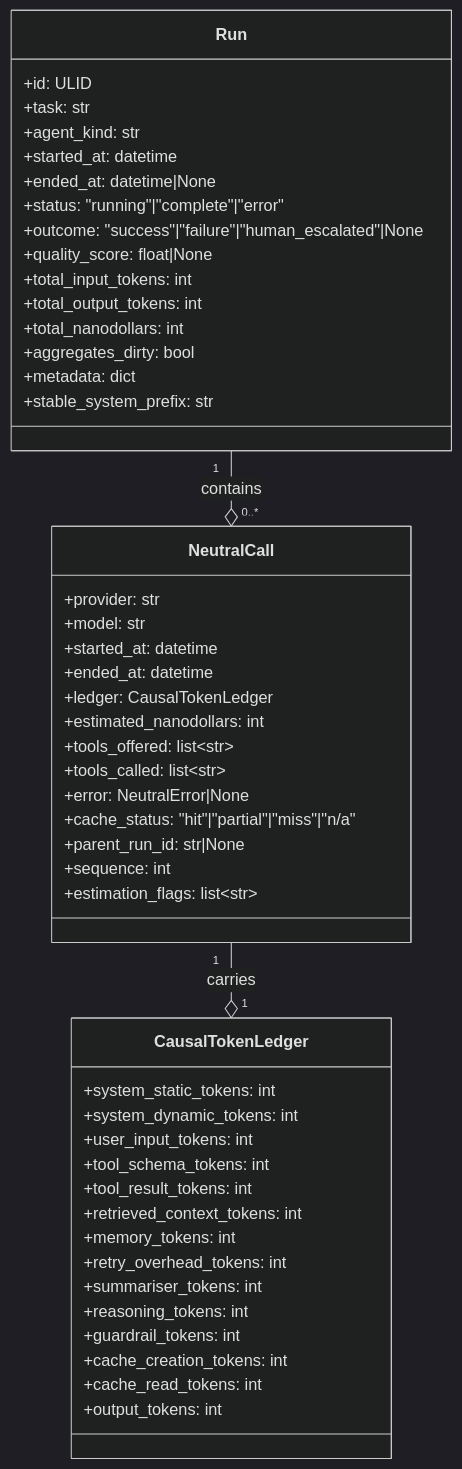
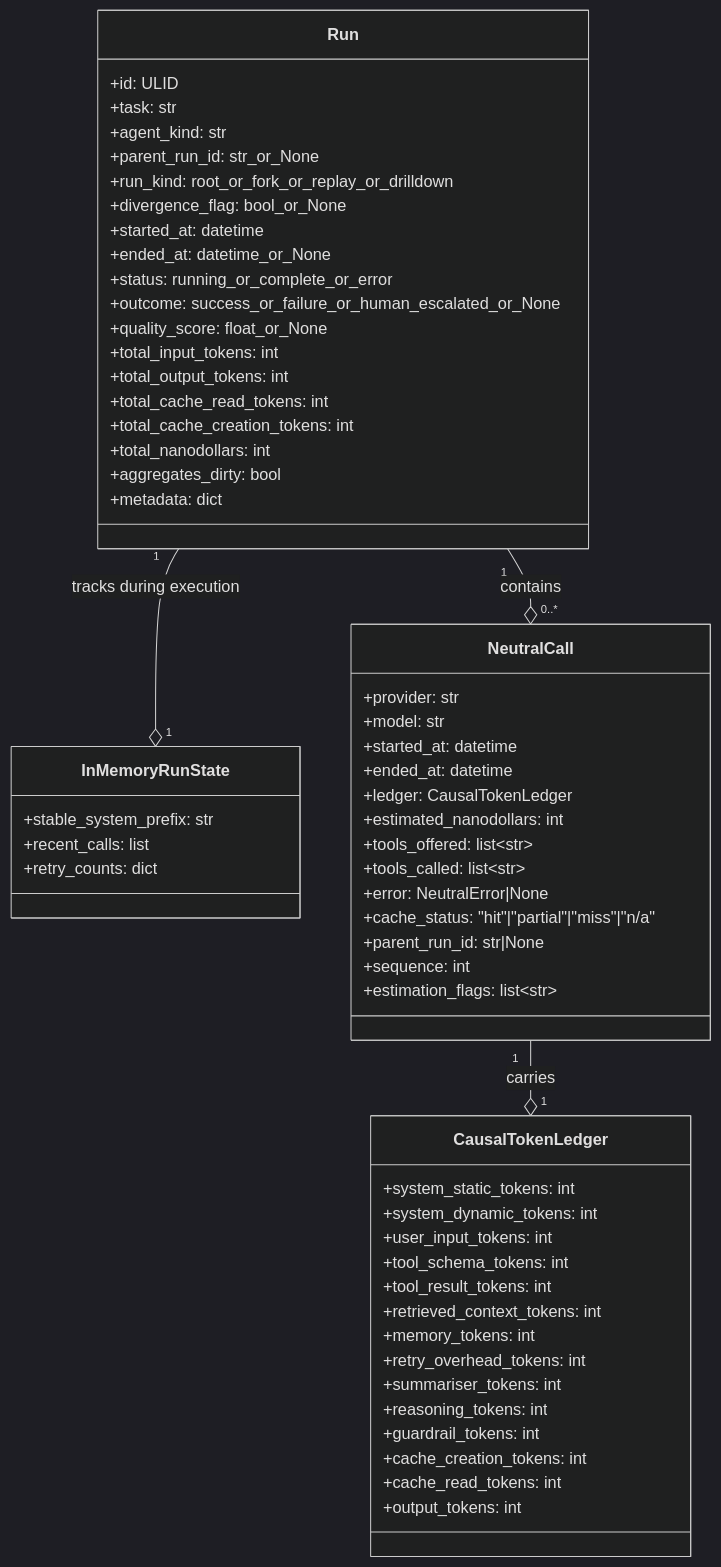
Before and after one commit to inkfoot/InkFoot: the fourth of 10 diagrams in docs/phases/phase-0-classify.md, drawn with Mermaid (dark theme). The commit also changed other lines of this file and 8 other files, not shown here.

````diff
--- a/docs/phases/phase-0-classify.md
+++ b/docs/phases/phase-0-classify.md
@@ -392,55 +406,65 @@
 ```mermaid
 classDiagram
   class Run {
     +id: ULID
     +task: str
     +agent_kind: str
+    +parent_run_id: str_or_None
+    +run_kind: root_or_fork_or_replay_or_drilldown
+    +divergence_flag: bool_or_None
     +started_at: datetime
-    +ended_at: datetime|None
-    +status: "running"|"complete"|"error"
-    +outcome: "success"|"failure"|"human_escalated"|None
-    +quality_score: float|None
+    +ended_at: datetime_or_None
+    +status: running_or_complete_or_error
+    +outcome: success_or_failure_or_human_escalated_or_None
+    +quality_score: float_or_None
     +total_input_tokens: int
     +total_output_tokens: int
+    +total_cache_read_tokens: int
+    +total_cache_creation_tokens: int
     +total_nanodollars: int
     +aggregates_dirty: bool
     +metadata: dict
+  }
+  class InMemoryRunState {
     +stable_system_prefix: str
+    +recent_calls: list
+    +retry_counts: dict
   }
+  Run "1" --o "1" InMemoryRunState : tracks during execution
 
   class NeutralCall {
     +provider: str
     +model: str
     +started_at: datetime
     +ended_at: datetime
     +ledger: CausalTokenLedger
     +estimated_nanodollars: int
     +tools_offered: list~str~
     +tools_called: list~str~
     +error: NeutralError|None
     +cache_status: "hit"|"partial"|"miss"|"n/a"
     +parent_run_id: str|None
     +sequence: int
     +estimation_flags: list~str~
   }
 
   class CausalTokenLedger {
     +system_static_tokens: int
     +system_dynamic_tokens: int
     +user_input_tokens: int
     +tool_schema_tokens: int
     +tool_result_tokens: int
     +retrieved_context_tokens: int
     +memory_tokens: int
     +retry_overhead_tokens: int
     +summariser_tokens: int
     +reasoning_tokens: int
     +guardrail_tokens: int
     +cache_creation_tokens: int
     +cache_read_tokens: int
     +output_tokens: int
   }
 
   Run "1" --o "0..*" NeutralCall : contains
   NeutralCall "1" --o "1" CausalTokenLedger : carries
 ```
````
